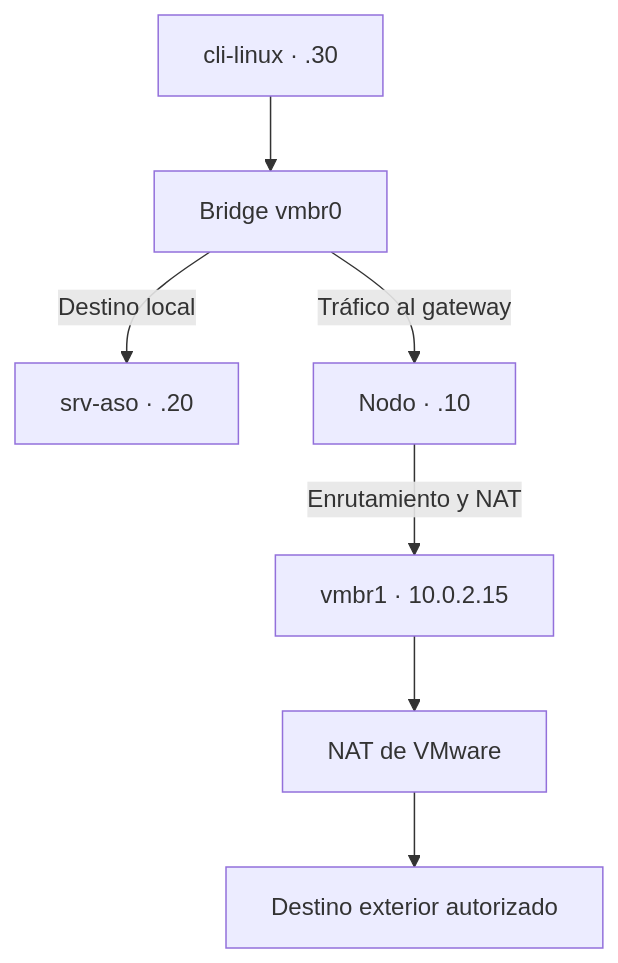
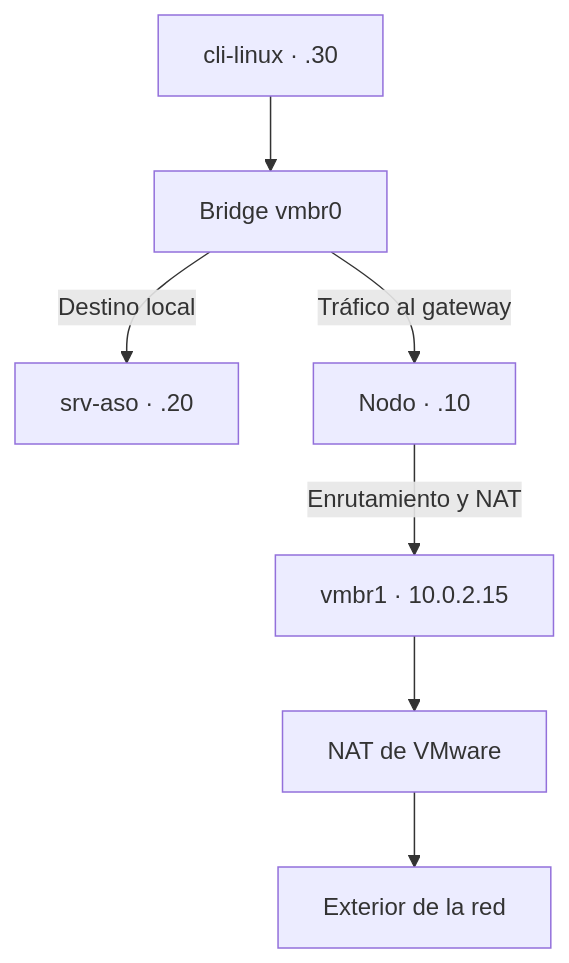
Before and after one commit to alvaromg5/pi-proxmox-marhuenda-alvaro: the diagram in docs/02-diagrama-red.md, drawn with Mermaid.

Commit message:
Sesion03 -> 02-diagrama-red: Realizado diseño de red, interfaces,IPs, puertos... (Fase 2)
Sesion03 -> Bitacora actualizada.

````diff
--- a/docs/02-diagrama-red.md
+++ b/docs/02-diagrama-red.md
@@ -50,11 +50,11 @@
 ```mermaid
 graph TD
     CLI["cli-linux · .30"] --> VMBR0["Bridge vmbr0"]
     
     VMBR0 -->|"Destino local"| SRV["srv-aso · .20"]
     VMBR0 -->|"Tráfico al gateway"| NODO["Nodo · .10"]
     
     NODO -->|"Enrutamiento y NAT"| VMBR1["vmbr1 · 10.0.2.15"]
     VMBR1 --> NAT["NAT de VMware"]
-    NAT --> EXT["Destino exterior autorizado"]
+    NAT --> EXT["Exterior de la red"]
 ```
````
